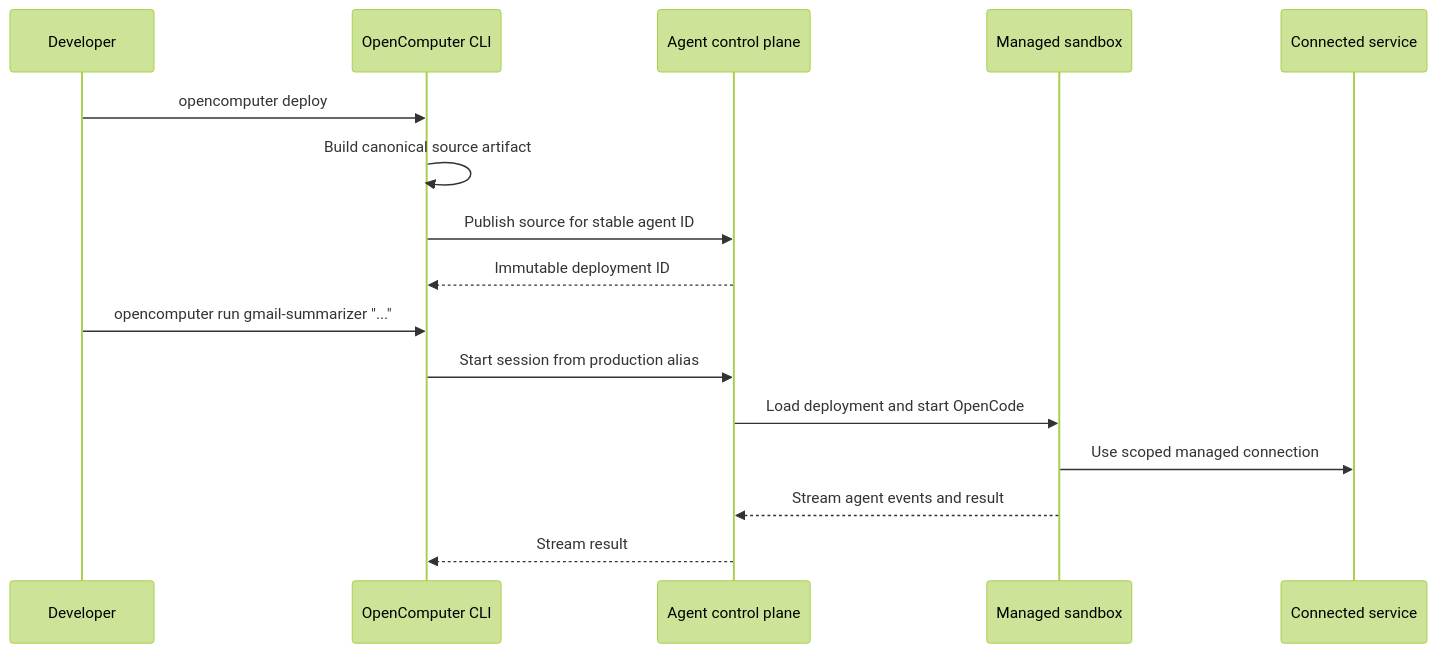
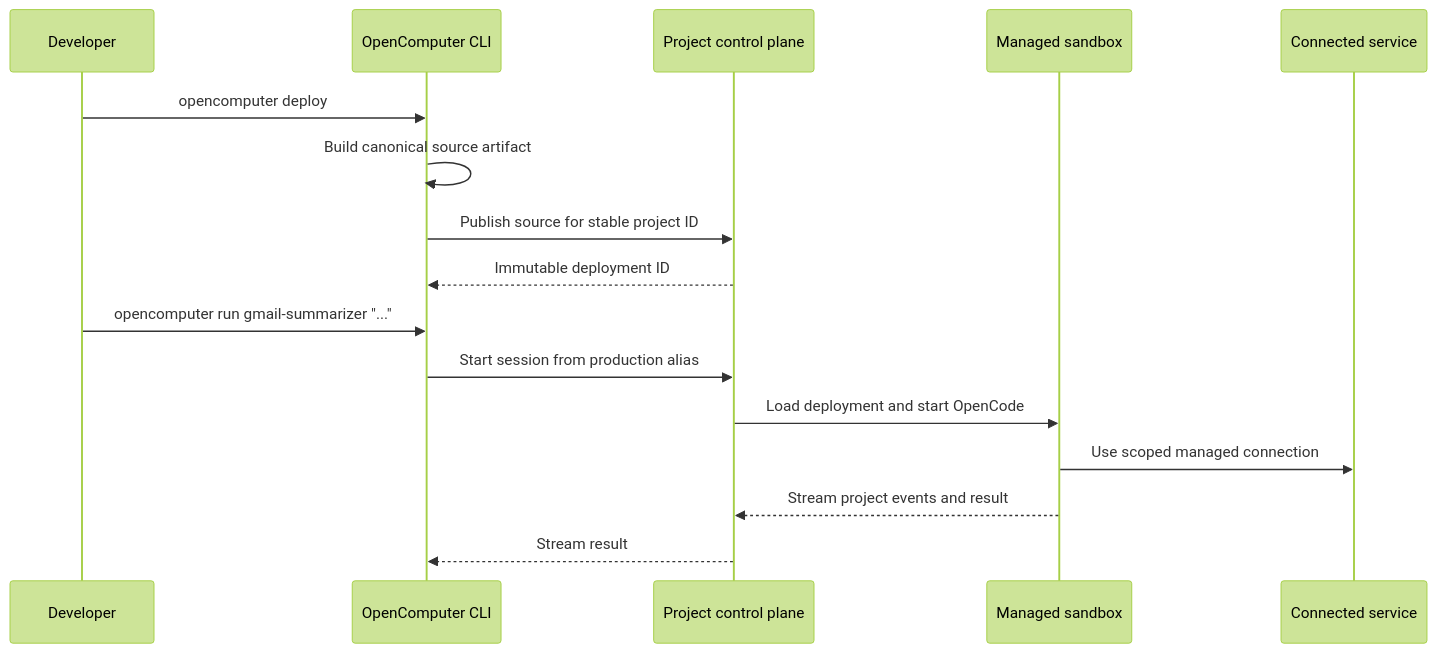
Before and after one commit to diggerhq/opencomputer: the second of 2 diagrams in docs/agents/architecture.mdx, drawn with Mermaid (forest theme). The commit also changed other lines of this file and 25 other files, not shown here.

````diff
--- a/docs/agents/architecture.mdx
+++ b/docs/agents/architecture.mdx
@@ -171,19 +171,19 @@
 ```mermaid
 sequenceDiagram
     participant Developer
     participant CLI as OpenComputer CLI
-    participant Control as Agent control plane
+    participant Control as Project control plane
     participant Runtime as Managed sandbox
     participant Service as Connected service
 
     Developer->>CLI: opencomputer deploy
     CLI->>CLI: Build canonical source artifact
-    CLI->>Control: Publish source for stable agent ID
+    CLI->>Control: Publish source for stable project ID
     Control-->>CLI: Immutable deployment ID
     Developer->>CLI: opencomputer run gmail-summarizer "..."
     CLI->>Control: Start session from production alias
     Control->>Runtime: Load deployment and start OpenCode
     Runtime->>Service: Use scoped managed connection
-    Runtime-->>Control: Stream agent events and result
+    Runtime-->>Control: Stream project events and result
     Control-->>CLI: Stream result
 ```
````
